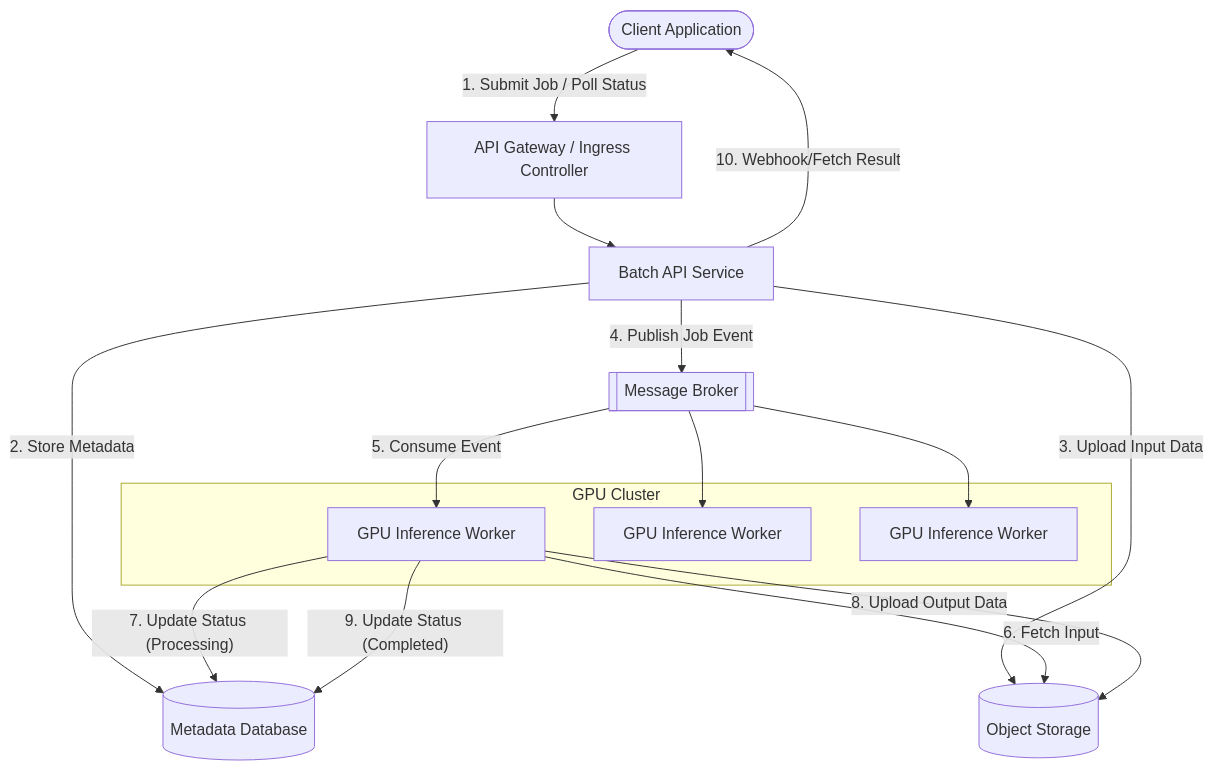
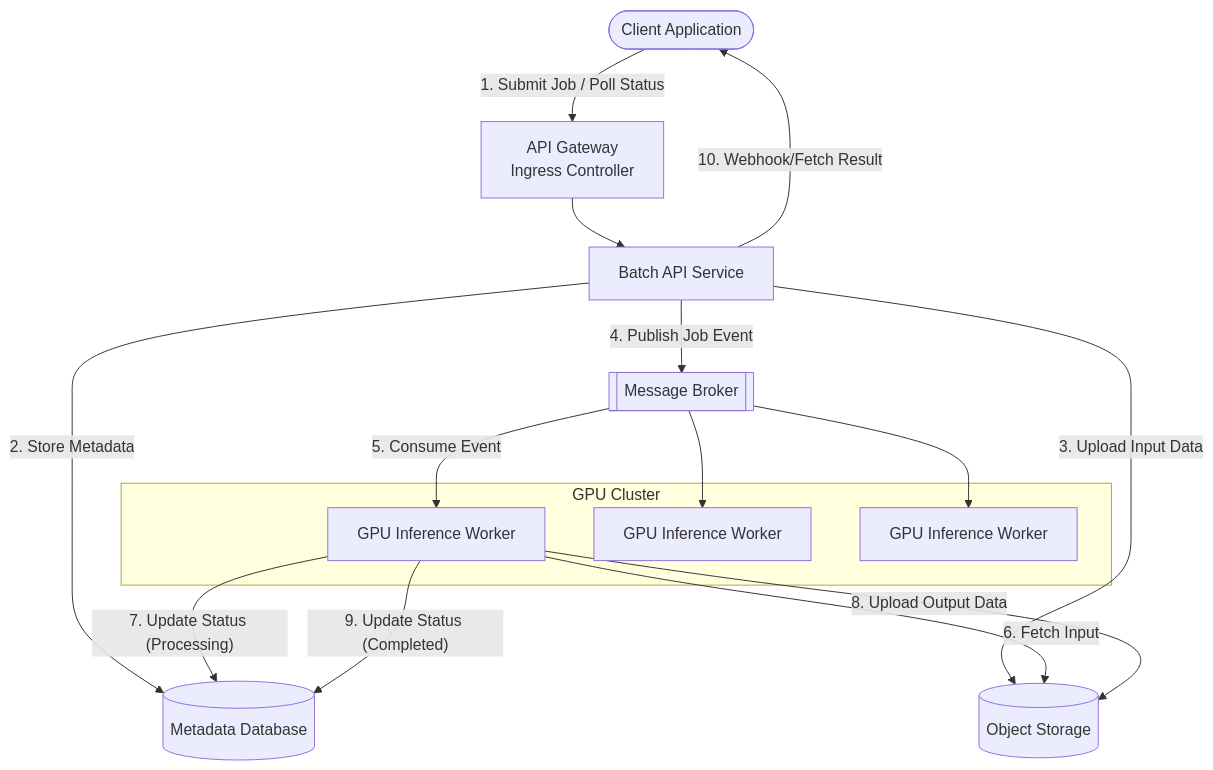
Before and after one commit to AdrianTorjKobza/System_Design_Q-A: the diagram in Design_a_batch_inference_API_for_a_GPU_Cluster.md, drawn with Mermaid.

````diff
--- a/Design_a_batch_inference_API_for_a_GPU_Cluster.md
+++ b/Design_a_batch_inference_API_for_a_GPU_Cluster.md
@@ -11,32 +11,32 @@
 ```mermaid
 graph TD
     Client([Client Application])
-    API_GW[API Gateway / Ingress Controller]
+    API_GW["API Gateway <br/> Ingress Controller"]
     API_Server[Batch API Service]
     DB[(Metadata Database)]
     Queue[[Message Broker]]
     Obj_Store[(Object Storage)]
     
     subgraph GPU Cluster
         Worker1[GPU Inference Worker]
         Worker2[GPU Inference Worker]
         WorkerN[GPU Inference Worker]
     end
     
     Client -->|"1. Submit Job / Poll Status"| API_GW
     API_GW --> API_Server
     API_Server -->|"2. Store Metadata"| DB
     API_Server -->|"3. Upload Input Data"| Obj_Store
     API_Server -->|"4. Publish Job Event"| Queue
     
     Queue -->|"5. Consume Event"| Worker1
     Queue --> Worker2
     Queue --> WorkerN
     
     Worker1 -->|"6. Fetch Input"| Obj_Store
     Worker1 -->|"7. Update Status (Processing)"| DB
     Worker1 -->|"8. Upload Output Data"| Obj_Store
     Worker1 -->|"9. Update Status (Completed)"| DB
     
     API_Server -->|"10. Webhook/Fetch Result"| Client
 ```
````
